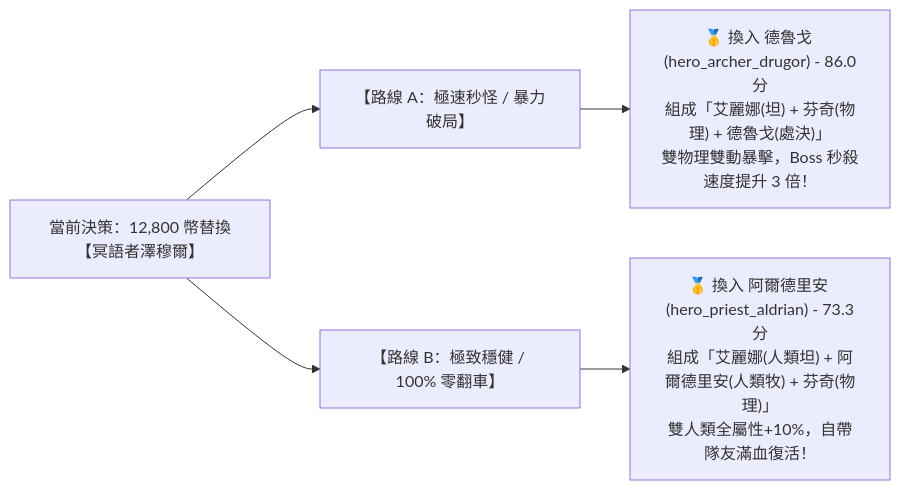
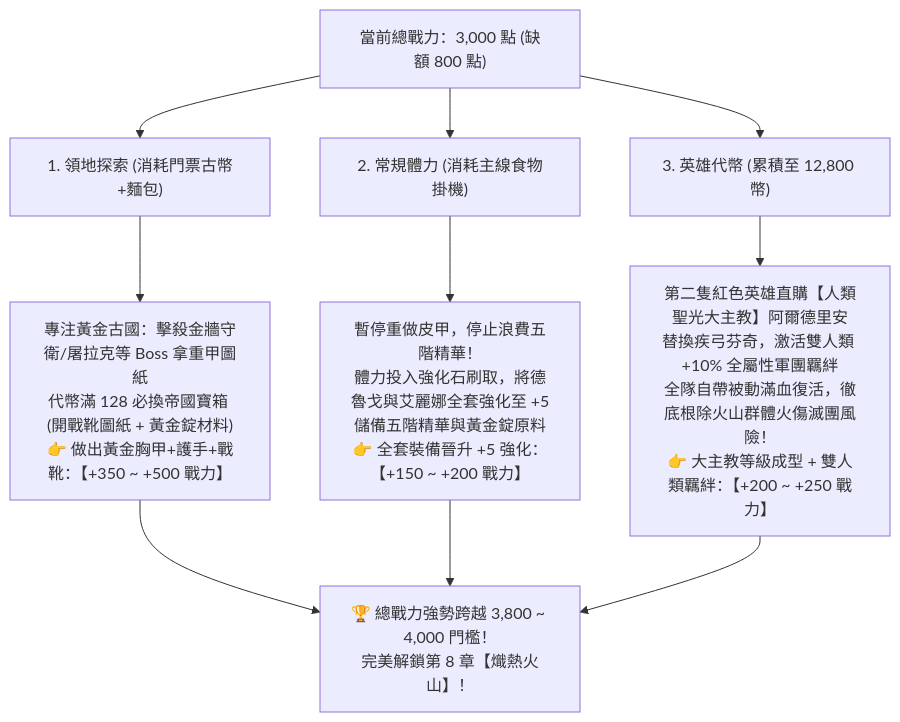
The second of 2 diagrams in meta_data/Game_docs/My_progress/我目前的資訊.md (alu98753/Blackfire-CV-Autopilot), drawn with Mermaid before and after one commit. The commit also changed other lines of this file, not shown here.

````diff
--- a/meta_data/Game_docs/My_progress/我目前的資訊.md
+++ b/meta_data/Game_docs/My_progress/我目前的資訊.md
@@ -144,8 +96,16 @@
 ```mermaid
-graph LR
-    A["當前決策：12,800 幣替換【冥語者澤穆爾】"] --> B["【路線 A：極速秒怪 / 暴力破局】"]
-    A --> C["【路線 B：極致穩健 / 100% 零翻車】"]
+graph TD
+    A["當前總戰力：3,000 點 (缺額 800 點)"] --> B["1. 領地探索 (消耗門票古幣+麵包)"]
+    A --> C["2. 常規體力 (消耗主線食物掛機)"]
+    A --> D["3. 英雄代幣 (累積至 12,800 幣)"]
 
-    B --> B1["🥇 換入 德魯戈 (hero_archer_drugor) - 86.0分<br>組成「艾麗娜(坦) + 芬奇(物理) + 德魯戈(處決)」<br>雙物理雙動暴擊，Boss 秒殺速度提升 3 倍！"]
-    C --> C1["🥇 換入 阿爾德里安 (hero_priest_aldrian) - 73.3分<br>組成「艾麗娜(人類坦) + 阿爾德里安(人類牧) + 芬奇(物理)」<br>雙人類全屬性+10%，自帶隊友滿血復活！"]
+    B --> B1["專注黃金古國：擊殺金牆守衛/屠拉克等 Boss 拿重甲圖紙<br>代幣滿 128 必換帝國寶箱 (開戰靴圖紙 + 黃金錠材料)<br>👉 做出黃金胸甲+護手+戰靴：【+350 ~ +500 戰力】"]
+
+    C --> C1["暫停重做皮甲，停止浪費五階精華！<br>體力投入強化石刷取，將德魯戈與艾麗娜全套強化至 +5<br>儲備五階精華與黃金錠原料<br>👉 全套裝備晉升 +5 強化：【+150 ~ +200 戰力】"]
+
+    D --> D1["第二隻紅色英雄直購【人類聖光大主教】阿爾德里安<br>替換疾弓芬奇，激活雙人類 +10% 全屬性軍團羈絆<br>全隊自帶被動滿血復活，徹底根除火山群體火傷滅團風險！<br>👉 大主教等級成型 + 雙人類羈絆：【+200 ~ +250 戰力】"]
+
+    B1 --> E["🏆 總戰力強勢跨越 3,800 ~ 4,000 門檻！<br>完美解鎖第 8 章【熾熱火山】！"]
+    C1 --> E
+    D1 --> E
 ```
````
